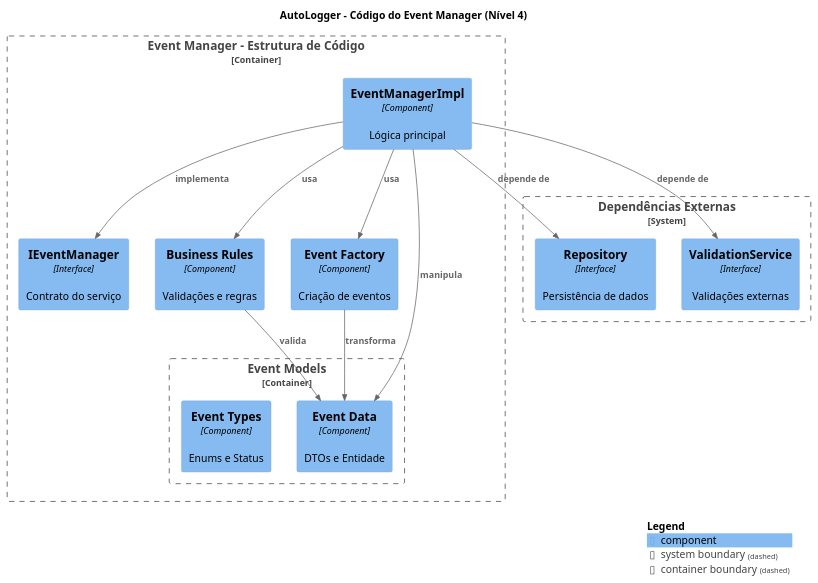
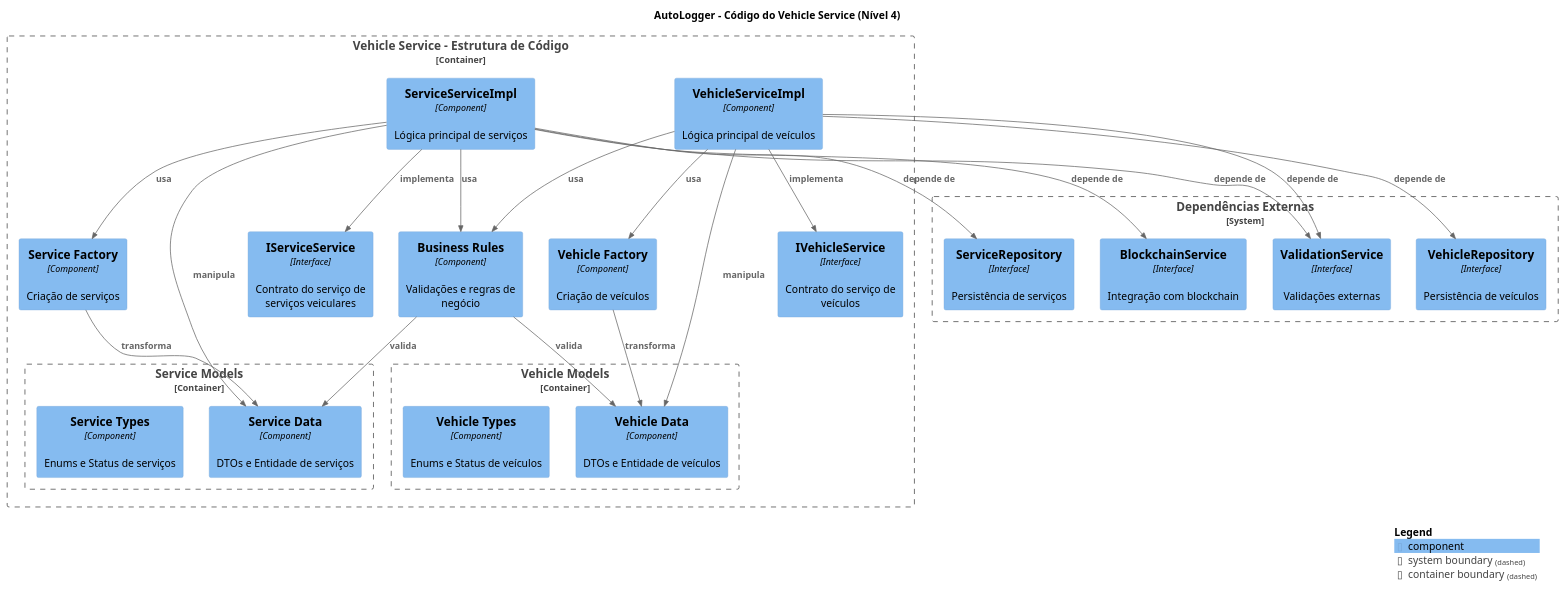
Before and after one commit to Pellegr1n1/autologger-services: the fourth of 4 diagrams in docs/c4_architecture/c4_architecture.puml, drawn with PlantUML. The commit also changed other lines of this file and 35 other files, not shown here.

```diff
--- a/docs/c4_architecture/c4_architecture.puml
+++ b/docs/c4_architecture/c4_architecture.puml
@@ -144,36 +148,56 @@
 @startuml c4_level4
 !includeurl https://raw.githubusercontent.com/plantuml-stdlib/C4-PlantUML/master/C4.puml
 !includeurl https://raw.githubusercontent.com/plantuml-stdlib/C4-PlantUML/master/C4_Component.puml
 
-title AutoLogger - Código do Event Manager (Nível 4)
+title AutoLogger - Código do Vehicle Service (Nível 4)
 
-Container_Boundary(event_manager_code, "Event Manager - Estrutura de Código") {
-    Component(ievent_manager, "IEventManager", "Interface", "Contrato do serviço")
-    Component(event_manager_impl, "EventManagerImpl", "Component", "Lógica principal")
+Container_Boundary(vehicle_service_code, "Vehicle Service - Estrutura de Código") {
+    Component(ivehicle_service, "IVehicleService", "Interface", "Contrato do serviço de veículos")
+    Component(vehicle_service_impl, "VehicleServiceImpl", "Component", "Lógica principal de veículos")
     
-    Container_Boundary(event_models, "Event Models") {
-        Component(event_data, "Event Data", "Component", "DTOs e Entidade")
-        Component(event_types, "Event Types", "Component", "Enums e Status")
+    Component(iservice_service, "IServiceService", "Interface", "Contrato do serviço de serviços veiculares")
+    Component(service_service_impl, "ServiceServiceImpl", "Component", "Lógica principal de serviços")
+    
+    Container_Boundary(vehicle_models, "Vehicle Models") {
+        Component(vehicle_data, "Vehicle Data", "Component", "DTOs e Entidade de veículos")
+        Component(vehicle_types, "Vehicle Types", "Component", "Enums e Status de veículos")
     }
     
-    Component(business_rules, "Business Rules", "Component", "Validações e regras")
-    Component(event_factory, "Event Factory", "Component", "Criação de eventos")
+    Container_Boundary(service_models, "Service Models") {
+        Component(service_data, "Service Data", "Component", "DTOs e Entidade de serviços")
+        Component(service_types, "Service Types", "Component", "Enums e Status de serviços")
+    }
+    
+    Component(business_rules, "Business Rules", "Component", "Validações e regras de negócio")
+    Component(vehicle_factory, "Vehicle Factory", "Component", "Criação de veículos")
+    Component(service_factory, "Service Factory", "Component", "Criação de serviços")
 }
 
-Rel(event_manager_impl, ievent_manager, "implementa")
-Rel(event_manager_impl, event_data, "manipula")
-Rel(event_manager_impl, business_rules, "usa")
-Rel(event_manager_impl, event_factory, "usa")
-Rel(event_factory, event_data, "transforma")
-Rel(business_rules, event_data, "valida")
+Rel(vehicle_service_impl, ivehicle_service, "implementa")
+Rel(service_service_impl, iservice_service, "implementa")
+Rel(vehicle_service_impl, vehicle_data, "manipula")
+Rel(service_service_impl, service_data, "manipula")
+Rel(vehicle_service_impl, business_rules, "usa")
+Rel(service_service_impl, business_rules, "usa")
+Rel(vehicle_service_impl, vehicle_factory, "usa")
+Rel(service_service_impl, service_factory, "usa")
+Rel(vehicle_factory, vehicle_data, "transforma")
+Rel(service_factory, service_data, "transforma")
+Rel(business_rules, vehicle_data, "valida")
+Rel(business_rules, service_data, "valida")
 
 System_Boundary(external, "Dependências Externas") {
-    Component(repository, "Repository", "Interface", "Persistência de dados")
+    Component(vehicle_repository, "VehicleRepository", "Interface", "Persistência de veículos")
+    Component(service_repository, "ServiceRepository", "Interface", "Persistência de serviços")
     Component(validation, "ValidationService", "Interface", "Validações externas")
+    Component(blockchain, "BlockchainService", "Interface", "Integração com blockchain")
 }
 
-Rel(event_manager_impl, repository, "depende de")
-Rel(event_manager_impl, validation, "depende de")
+Rel(vehicle_service_impl, vehicle_repository, "depende de")
+Rel(service_service_impl, service_repository, "depende de")
+Rel(vehicle_service_impl, validation, "depende de")
+Rel(service_service_impl, validation, "depende de")
+Rel(service_service_impl, blockchain, "depende de")
 
 SHOW_LEGEND()
 @enduml
```
